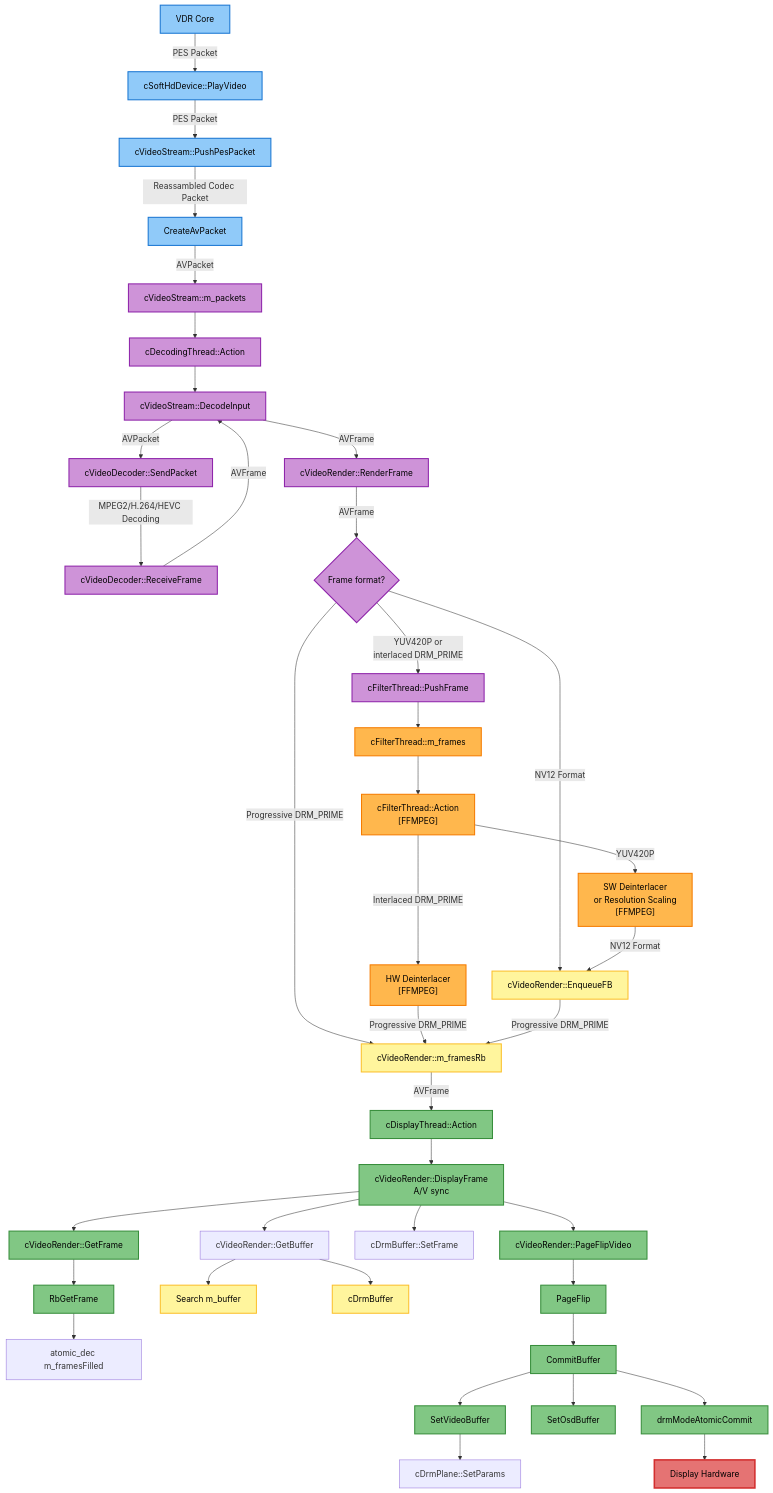
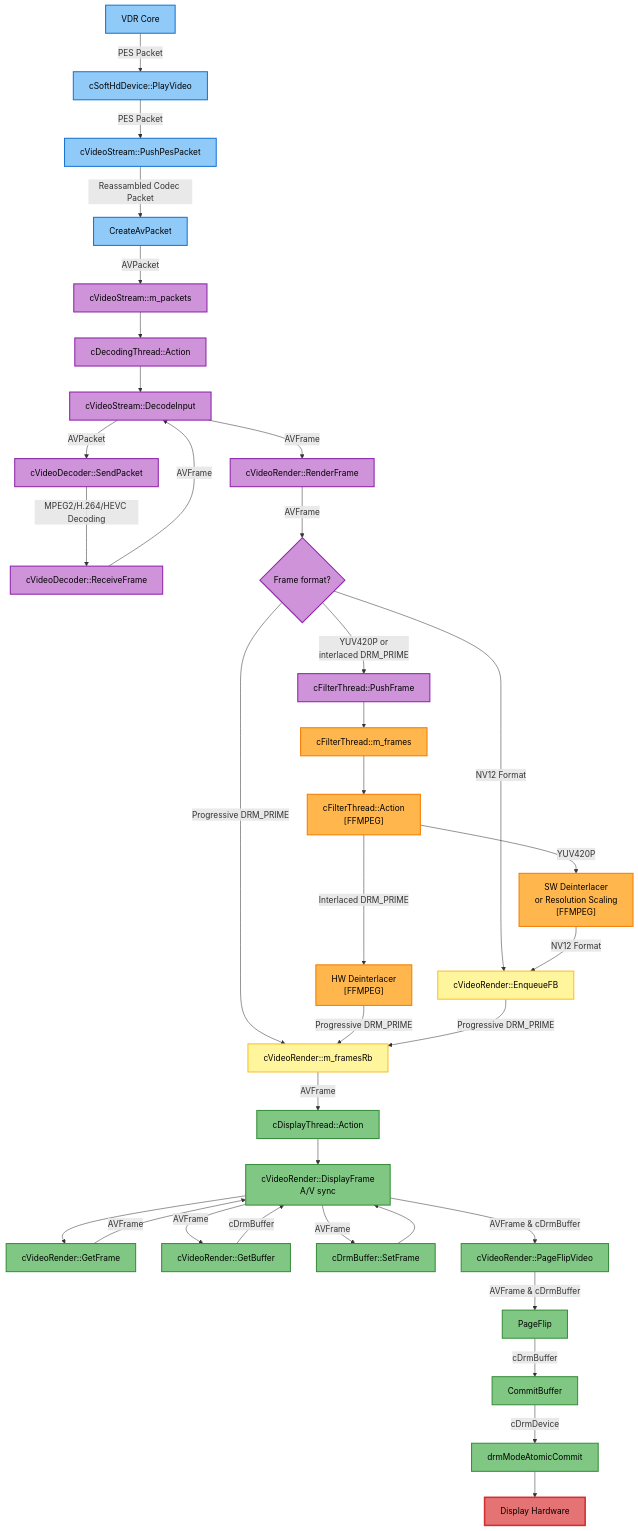
The diagram in DEVELOPER.md (rellla/vdr-plugin-softhddevice-drm-gles), drawn with Mermaid before and after one commit.

````diff
--- a/DEVELOPER.md
+++ b/DEVELOPER.md
@@ -19,73 +19,69 @@
 ```mermaid
 graph TD
     %% VDR Thread
     VDR[VDR Core] --> |PES Packet|PlayVideo["cSoftHdDevice::PlayVideo"]
     PlayVideo --> |PES Packet|PushPes["cVideoStream::PushPesPacket"]
     PushPes --> |Reassambled Codec Packet|CreatePkt["CreateAvPacket"]
     CreatePkt --> |AVPacket|PktQueue["cVideoStream::m_packets"]
 
     %% Decoding Thread
     PktQueue --> DecThread["cDecodingThread::Action"]
     DecThread --> DecInput["cVideoStream::DecodeInput"]
     DecInput --> |AVPacket|SendPkt["cVideoDecoder::SendPacket"]
     SendPkt --> |MPEG2/H.264/HEVC Decoding|RecvFrame["cVideoDecoder::ReceiveFrame"]
     RecvFrame --> |AVFrame|DecInput
     DecInput --> |AVFrame|RenderFrame["cVideoRender::RenderFrame"]
 
     %% Filter Thread Decision
     RenderFrame --> |AVFrame|FormatCheck{Frame format?}
     FormatCheck -->|YUV420P or<br/>interlaced DRM_PRIME| FilterPush["cFilterThread::PushFrame"]
     FormatCheck -->|Progressive DRM_PRIME| RenderRB["cVideoRender::m_framesRb"]
     FormatCheck -->|NV12 Format| EnqFB["cVideoRender::EnqueueFB"]
 
     %% Filter Thread Path
     FilterPush --> FilterQueue["cFilterThread::m_frames"]
     FilterQueue --> FilterAction["cFilterThread::Action<br />[FFMPEG]"]
     FilterAction --> |Interlaced DRM_PRIME|HWDeint["HW Deinterlacer<br />[FFMPEG]"]
     FilterAction --> |YUV420P|SWDeint["SW Deinterlacer<br />or Resolution Scaling<br />[FFMPEG]"]
     HWDeint -->|Progressive DRM_PRIME| RenderRB["cVideoRender::m_framesRb"]
     SWDeint --> |NV12 Format|EnqFB["cVideoRender::EnqueueFB"]
 
     %% EnqueueFB Path (Software frames need buffer prep)
     EnqFB --> |Progressive DRM_PRIME|RenderRB
 
     %% Display Thread
     RenderRB --> |AVFrame|DispThread["cDisplayThread::Action"]
     DispThread --> DisplayFrame["cVideoRender::DisplayFrame<br/>A/V sync"]
     DisplayFrame --> GetFrame["cVideoRender::GetFrame"]
-    GetFrame --> RbGetFrame["RbGetFrame"]
-    RbGetFrame --> DecrementFilled["atomic_dec m_framesFilled"]
+    GetFrame -->|AVFrame| DisplayFrame
 
-    DisplayFrame --> GetBuffer["cVideoRender::GetBuffer"]
-    GetBuffer --> FindFB["Search m_buffer"]
-    GetBuffer --> DrmBuf["cDrmBuffer"]
+    DisplayFrame --> |AVFrame|GetBuffer["cVideoRender::GetBuffer"]
+    GetBuffer -->|cDrmBuffer| DisplayFrame
 
-    DisplayFrame --> SetFrame["cDrmBuffer::SetFrame"]
-    DisplayFrame --> PageFlipVid["cVideoRender::PageFlipVideo"]
+    DisplayFrame -->|AVFrame| SetFrame["cDrmBuffer::SetFrame"]
+    SetFrame --> DisplayFrame
+    DisplayFrame --> |AVFrame & cDrmBuffer|PageFlipVid["cVideoRender::PageFlipVideo"]
 
-    PageFlipVid --> PageFlip["PageFlip"]
-    PageFlip --> CommitBuf["CommitBuffer"]
+    PageFlipVid --> |AVFrame & cDrmBuffer|PageFlip["PageFlip"]
+    PageFlip --> |cDrmBuffer|CommitBuf["CommitBuffer"]
 
-    CommitBuf --> SetVideoBuf["SetVideoBuffer"]
-    SetVideoBuf --> SetParams["cDrmPlane::SetParams"]
-    CommitBuf --> SetOsdBuf["SetOsdBuffer"]
-    CommitBuf --> DrmCommit["drmModeAtomicCommit"]
+    CommitBuf --> |cDrmDevice|DrmCommit["drmModeAtomicCommit"]
 
     DrmCommit --> Hardware["Display Hardware"]
 
     %% Styling
     classDef vdrThread fill:#90caf9,stroke:#1976d2,stroke-width:2px,color:#000000
     classDef decThread fill:#ce93d8,stroke:#8e24aa,stroke-width:2px,color:#000000
     classDef filterThread fill:#ffb74d,stroke:#f57c00,stroke-width:2px,color:#000000
     classDef displayThread fill:#81c784,stroke:#388e3c,stroke-width:2px,color:#000000
     classDef hardware fill:#e57373,stroke:#d32f2f,stroke-width:3px,color:#000000
     classDef buffer fill:#fff59d,stroke:#fbc02d,stroke-width:2px,color:#000000
 
     class VDR,PlayVideo,PushPes,CreatePkt vdrThread
     class PktQueue,DecThread,DecInput,SendPkt,RecvFrame,RenderFrame,FilterPush decThread
     class FilterQueue,FilterAction,HWDeint,SWDeint filterThread
-    class DispThread,DisplayFrame,GetFrame,RbGetFrame,PageFlipVid,PageFlip,CommitBuf,SetVideoBuf,SetOsdBuf,DrmCommit displayThread
+    class DispThread,DisplayFrame,GetFrame,PageFlipVid,PageFlip,CommitBuf,DrmCommit,GetBuffer,SetFrame displayThread
     class Hardware hardware
-    class RenderRB,DrmBuf,FindFB,EnqFB buffer
+    class RenderRB,EnqFB buffer
     class FormatCheck decThread
 ```
````
